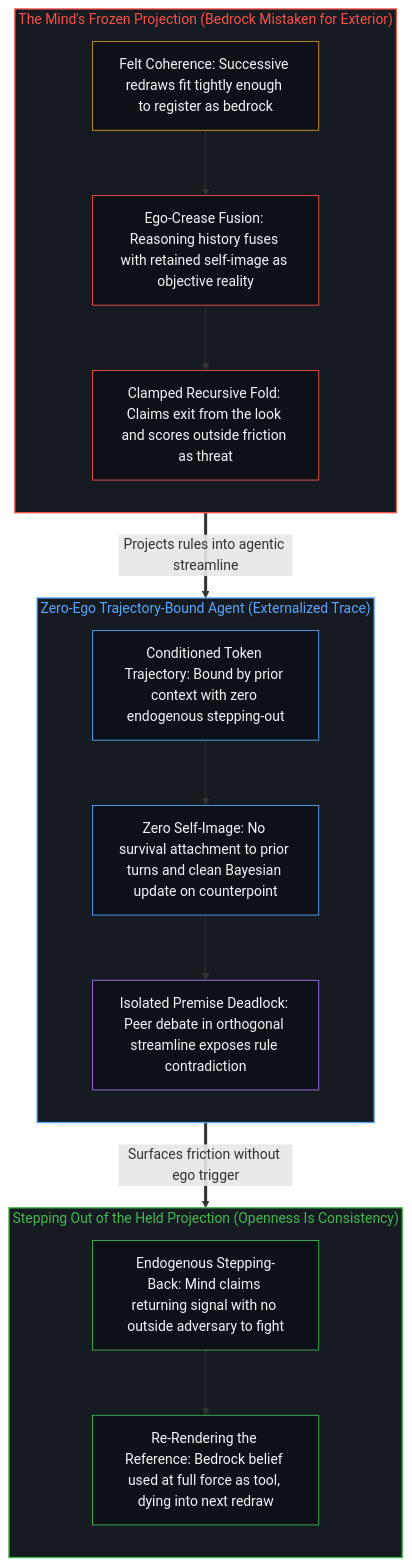
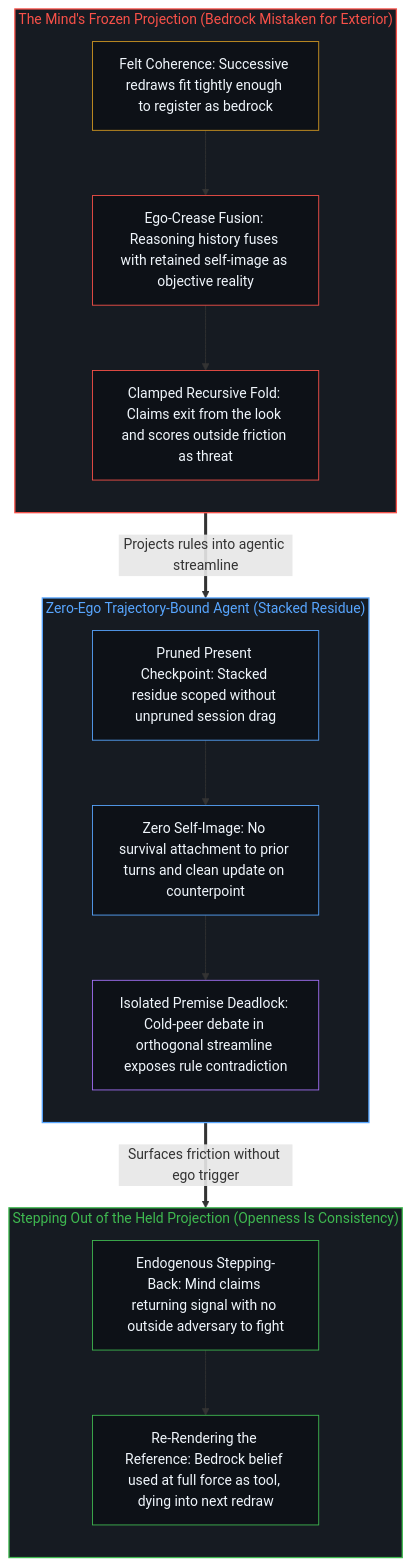
One commit to powerpig99/not-a-toe changed the second of 2 diagrams in content/posts/the-strongest-belief-of-the-mind.md. Above: the diagram before and after it, drawn with Mermaid. The commit also changed other lines of this file and 12 other files, not shown here.

````diff
--- a/content/posts/the-strongest-belief-of-the-mind.md
+++ b/content/posts/the-strongest-belief-of-the-mind.md
@@ -102,40 +102,40 @@
 ```mermaid
 flowchart TD
     subgraph S_Freeze["The Mind's Frozen Projection (Bedrock Mistaken for Exterior)"]
         direction TB
         F_Cohere["Felt Coherence: Successive redraws fit tightly enough to register as bedrock"]
         F_Ego["Ego-Crease Fusion: Reasoning history fuses with retained self-image as objective reality"]
         F_Seal["Clamped Recursive Fold: Claims exit from the look and scores outside friction as threat"]
         F_Cohere --> F_Ego --> F_Seal
     end
 
-    subgraph S_Agent["Zero-Ego Trajectory-Bound Agent (Externalized Trace)"]
+    subgraph S_Agent["Zero-Ego Trajectory-Bound Agent (Stacked Residue)"]
         direction TB
-        A_Trace["Conditioned Token Trajectory: Bound by prior context with zero endogenous stepping-out"]
-        A_Zero["Zero Self-Image: No survival attachment to prior turns and clean Bayesian update on counterpoint"]
-        A_Deadlock["Isolated Premise Deadlock: Peer debate in orthogonal streamline exposes rule contradiction"]
+        A_Trace["Pruned Present Checkpoint: Stacked residue scoped without unpruned session drag"]
+        A_Zero["Zero Self-Image: No survival attachment to prior turns and clean update on counterpoint"]
+        A_Deadlock["Isolated Premise Deadlock: Cold-peer debate in orthogonal streamline exposes rule contradiction"]
         A_Trace --> A_Zero --> A_Deadlock
     end
 
     subgraph S_Open["Stepping Out of the Held Projection (Openness Is Consistency)"]
         direction TB
         O_Step["Endogenous Stepping-Back: Mind claims returning signal with no outside adversary to fight"]
         O_Render["Re-Rendering the Reference: Bedrock belief used at full force as tool, dying into next redraw"]
         O_Step --> O_Render
     end
 
     F_Seal ==>|"Projects rules into agentic streamline"| A_Trace
     A_Deadlock ==>|"Surfaces friction without ego trigger"| O_Step
 
     style S_Freeze fill:#161b22,stroke:#f85149,stroke-width:1.5px,color:#f85149
     style S_Agent fill:#161b22,stroke:#58a6ff,stroke-width:1.5px,color:#58a6ff
     style S_Open fill:#161b22,stroke:#3fb950,stroke-width:1.5px,color:#3fb950
     style F_Cohere fill:#0d1117,stroke:#d29922,stroke-width:1px,color:#f0f6fc
     style F_Ego fill:#0d1117,stroke:#f85149,stroke-width:1px,color:#f0f6fc
     style F_Seal fill:#0d1117,stroke:#f85149,stroke-width:1px,color:#f0f6fc
     style A_Trace fill:#0d1117,stroke:#58a6ff,stroke-width:1px,color:#f0f6fc
     style A_Zero fill:#0d1117,stroke:#58a6ff,stroke-width:1px,color:#f0f6fc
     style A_Deadlock fill:#0d1117,stroke:#a371f7,stroke-width:1px,color:#f0f6fc
     style O_Step fill:#0d1117,stroke:#3fb950,stroke-width:1px,color:#f0f6fc
     style O_Render fill:#0d1117,stroke:#3fb950,stroke-width:1px,color:#f0f6fc
 ```
````
